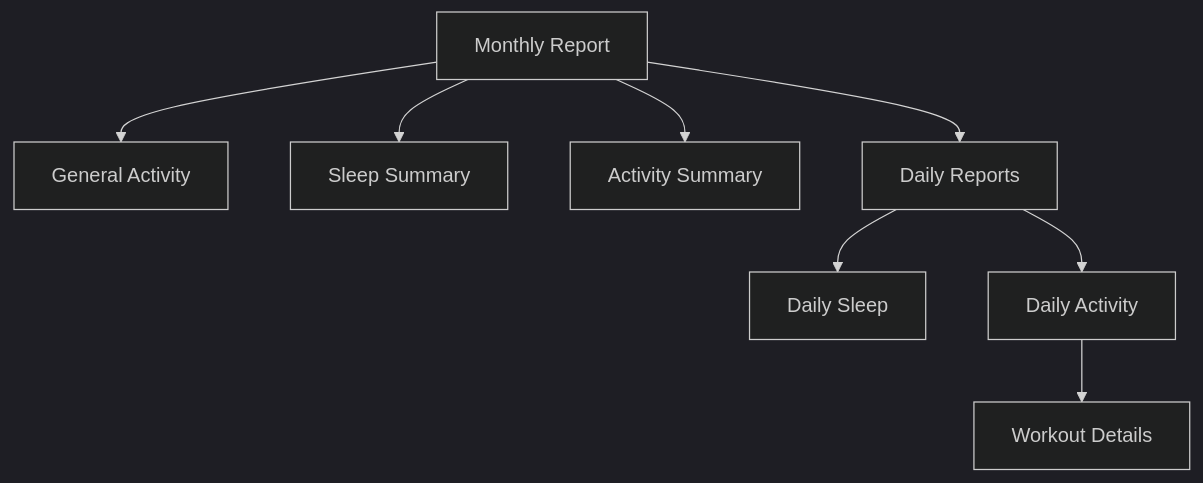
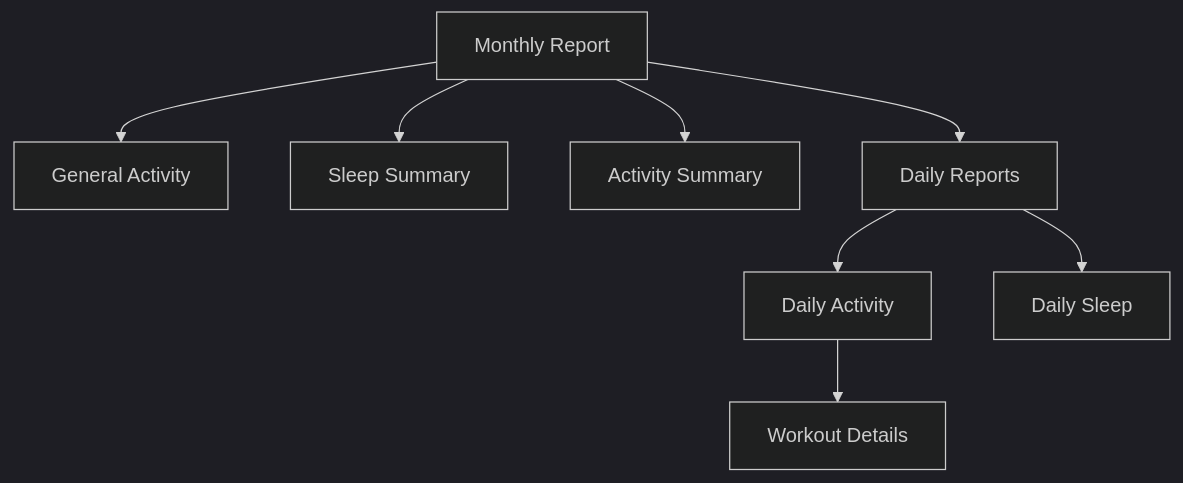
One commit to MateuszMocarski/AppleHealthMonitorAnalyzer changed the third of 3 diagrams in README.md. Above: the diagram before and after it, drawn with Mermaid (dark theme).

Commit message:
Report Format minor fix

````diff
--- a/README.md
+++ b/README.md
@@ -284,21 +284,22 @@
 ```mermaid
 flowchart TD
 
     A["Monthly Report"]
     B["General Activity"]
     C["Sleep Summary"]
     D["Activity Summary"]
     E["Daily Reports"]
+    G["Daily Activity"]
     F["Daily Sleep"]
-    G["Daily Activity"]
+
     H["Workout Details"]
 
     A --> B
     A --> C
     A --> D
     A --> E
 
+    E --> G
     E --> F
-    E --> G
     G --> H
 ```
````
